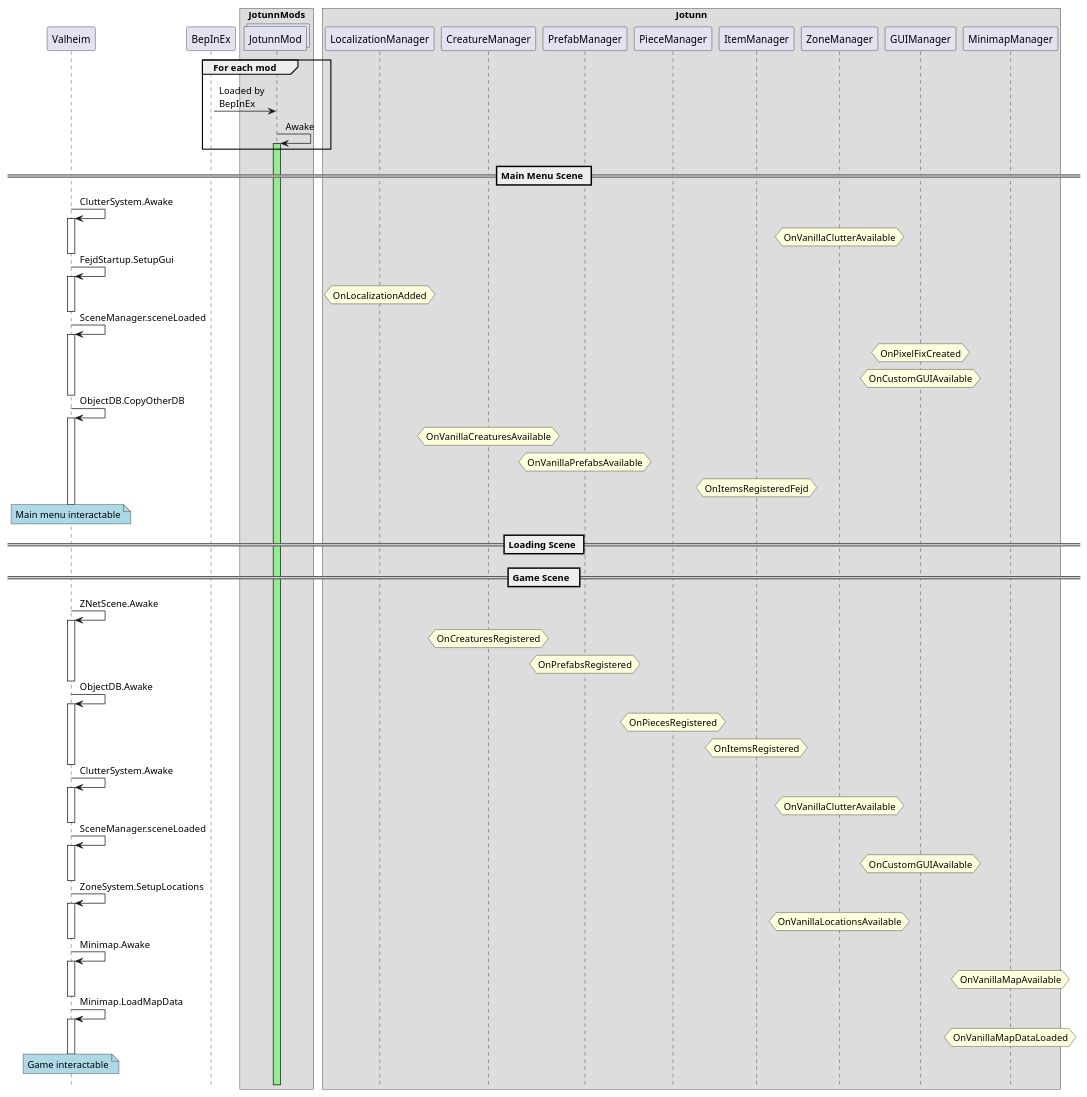
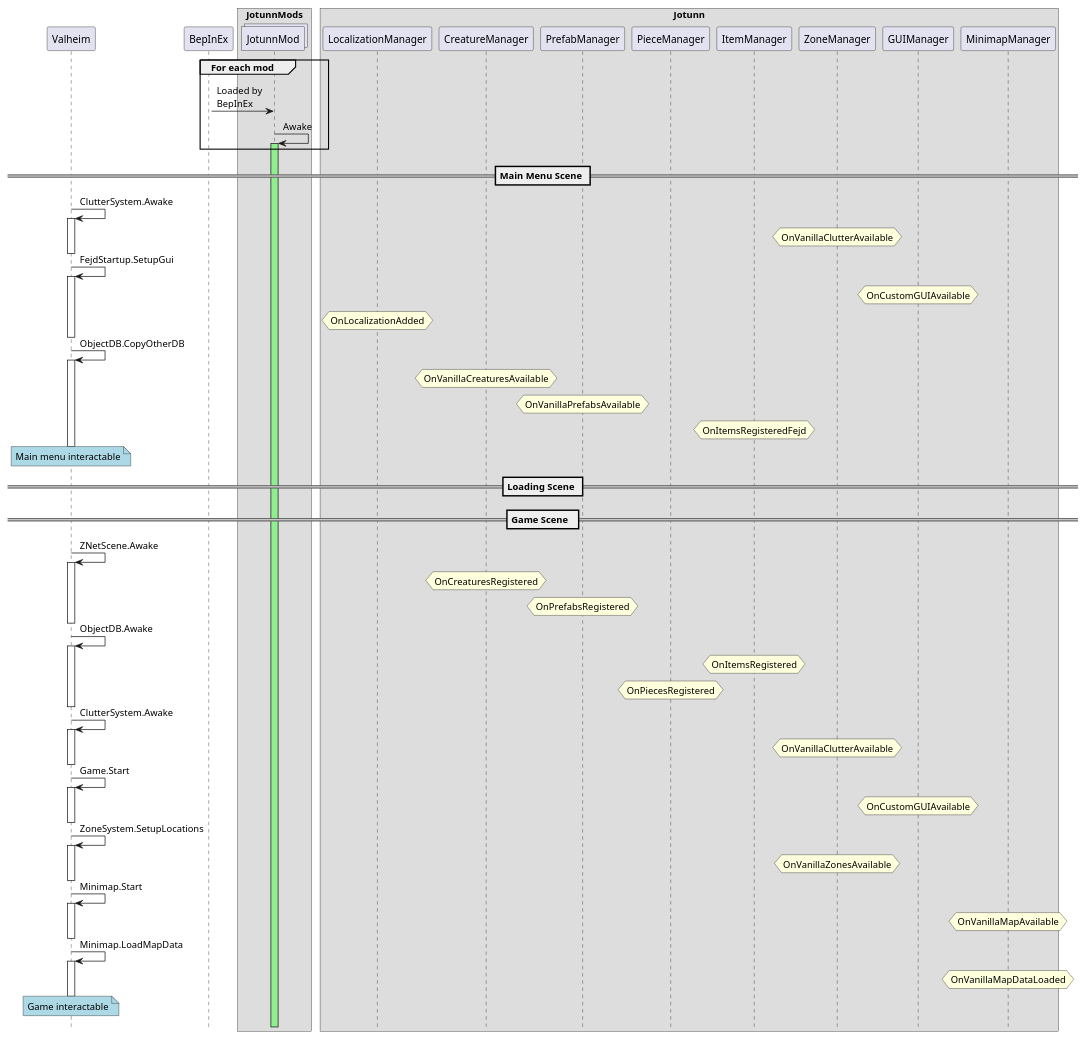
One commit to Valheim-Modding/Jotunn changed the diagram in JotunnLib/Documentation/flow.puml. Above: the diagram before and after it, drawn with PlantUML. The commit also changed 2 other files, not shown here.

Commit message:
docs: updated event flow for Valheim 0.217.38

```diff
--- a/JotunnLib/Documentation/flow.puml
+++ b/JotunnLib/Documentation/flow.puml
@@ -1,87 +1,83 @@
 @startuml
 '' flow
 !pragma teoz true
 hide footbox
 
 participant Valheim
 participant BepInEx
 
 box JotunnMods
     collections JotunnMod
 end box
 
 box Jotunn
     participant LocalizationManager
     participant CreatureManager
     participant PrefabManager
     participant PieceManager
     participant ItemManager
     participant ZoneManager
     participant GUIManager
     participant MinimapManager
 end box
 
 group For each mod
     ?->JotunnMod **: Loaded by\nBepInEx
     JotunnMod -> JotunnMod ++ #lightgreen: Awake
 end group
 
 == Main Menu Scene ==
 
 Valheim -> Valheim++: ClutterSystem.Awake
     hnote over ZoneManager: OnVanillaClutterAvailable
 deactivate Valheim
 
 Valheim -> Valheim++: FejdStartup.SetupGui
+    hnote over GUIManager: OnCustomGUIAvailable
     hnote over LocalizationManager: OnLocalizationAdded
 deactivate Valheim
 
-Valheim -> Valheim++: SceneManager.sceneLoaded
-    hnote over GUIManager: OnPixelFixCreated
-    hnote over GUIManager: OnCustomGUIAvailable
-deactivate Valheim
-
 Valheim -> Valheim++: ObjectDB.CopyOtherDB
-    hnote over CreatureManager : OnVanillaCreaturesAvailable
-    hnote over PrefabManager: OnVanillaPrefabsAvailable 
+    hnote over CreatureManager: OnVanillaCreaturesAvailable
+    hnote over PrefabManager: OnVanillaPrefabsAvailable
     hnote over ItemManager: OnItemsRegisteredFejd
 deactivate Valheim
 
 note over Valheim #lightblue: Main menu interactable
 
 == Loading Scene ==
 == Game Scene  ==
 
-Valheim -> Valheim ++: ZNetScene.Awake
+Valheim -> Valheim++: ZNetScene.Awake
     hnote over CreatureManager: OnCreaturesRegistered
     hnote over PrefabManager: OnPrefabsRegistered
 deactivate Valheim
 
-Valheim -> Valheim++ : ObjectDB.Awake
+Valheim -> Valheim++: ObjectDB.Awake
+    hnote over ItemManager: OnItemsRegistered
     hnote over PieceManager: OnPiecesRegistered
-    hnote over ItemManager: OnItemsRegistered
-deactivate Valheim 
+deactivate Valheim
 
 Valheim -> Valheim++: ClutterSystem.Awake
     hnote over ZoneManager: OnVanillaClutterAvailable
 deactivate Valheim
 
-Valheim -> Valheim++: SceneManager.sceneLoaded
+Valheim -> Valheim++: Game.Start
     hnote over GUIManager: OnCustomGUIAvailable
 deactivate Valheim
 
-Valheim -> Valheim ++: ZoneSystem.SetupLocations
-    hnote over ZoneManager: OnVanillaLocationsAvailable
+Valheim -> Valheim++: ZoneSystem.SetupLocations
+    hnote over ZoneManager: OnVanillaZonesAvailable
 deactivate Valheim
 
-Valheim -> Valheim ++: Minimap.Awake
+Valheim -> Valheim++: Minimap.Start
     hnote over MinimapManager: OnVanillaMapAvailable
 deactivate Valheim
 
-Valheim -> Valheim ++: Minimap.LoadMapData
+Valheim -> Valheim++: Minimap.LoadMapData
     hnote over MinimapManager: OnVanillaMapDataLoaded
 deactivate Valheim
- 
+
 note over Valheim #lightblue: Game interactable
  
 @enduml
```
